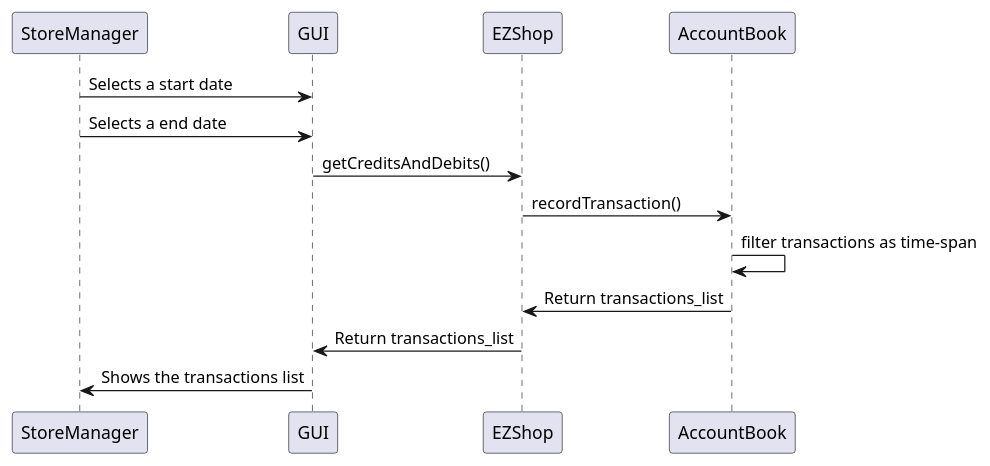
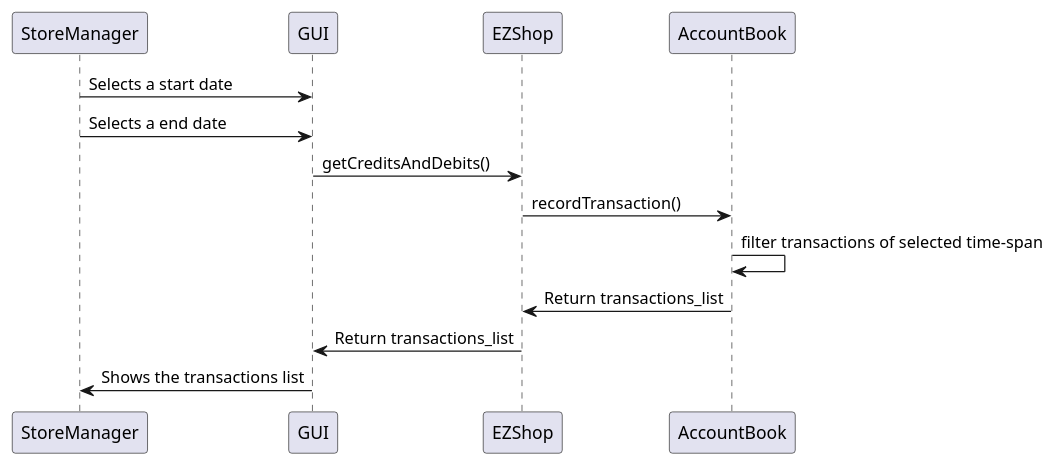
One commit to polito-se2-21-r03/se1-ezshop changed the fifth of 6 diagrams in Deliverables/DesignDocument.md. Above: the diagram before and after it, drawn with PlantUML. The commit also changed other lines of this file, not shown here.

Commit message:
sequence diagram 10.1

````diff
--- a/Deliverables/DesignDocument.md
+++ b/Deliverables/DesignDocument.md
@@ -363,12 +363,12 @@
 ```plantuml
 
 StoreManager -> GUI: Selects a start date
 StoreManager -> GUI: Selects a end date
 GUI -> EZShop: getCreditsAndDebits()
 EZShop -> AccountBook: recordTransaction()
-AccountBook -> AccountBook: filter transactions as time-span
+AccountBook -> AccountBook: filter transactions of selected time-span
 AccountBook -> EZShop: Return transactions_list
 EZShop -> GUI: Return transactions_list
 GUI -> StoreManager: Shows the transactions list
 
 ```
````
